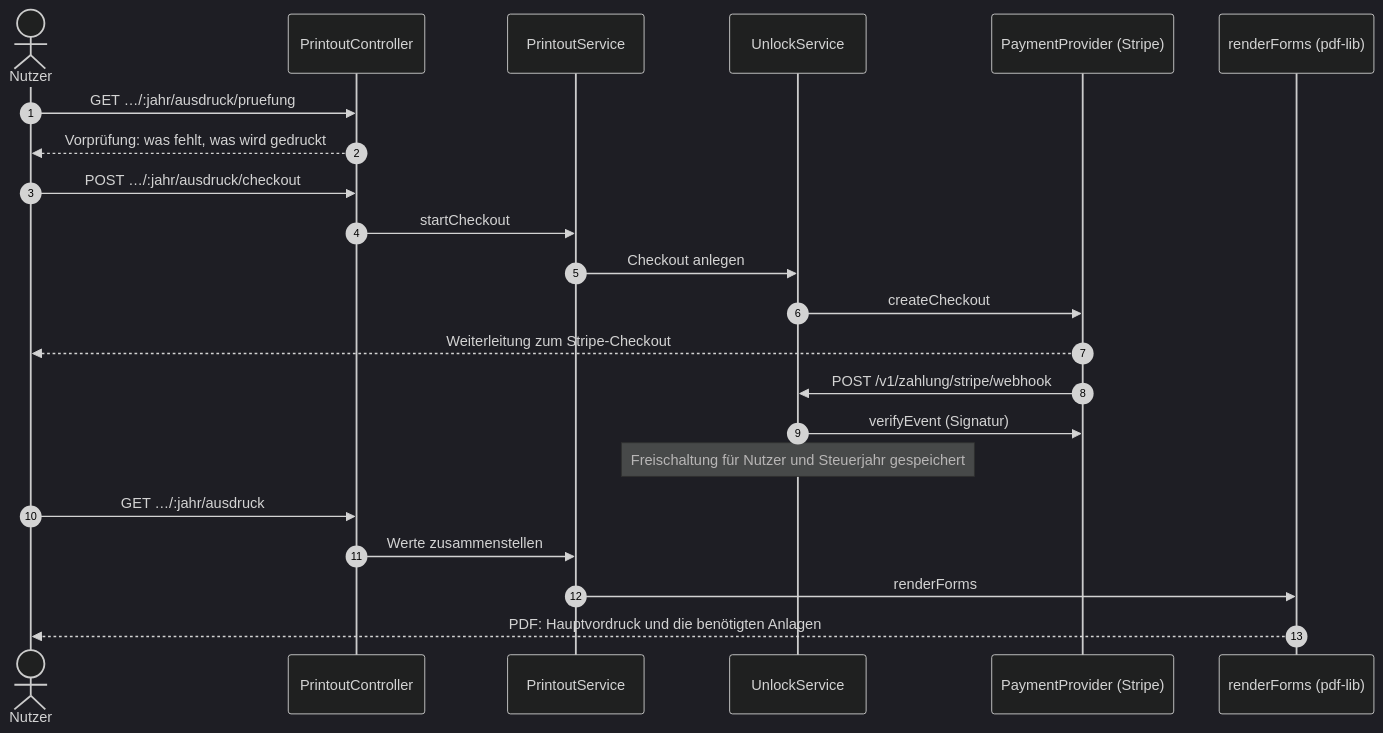
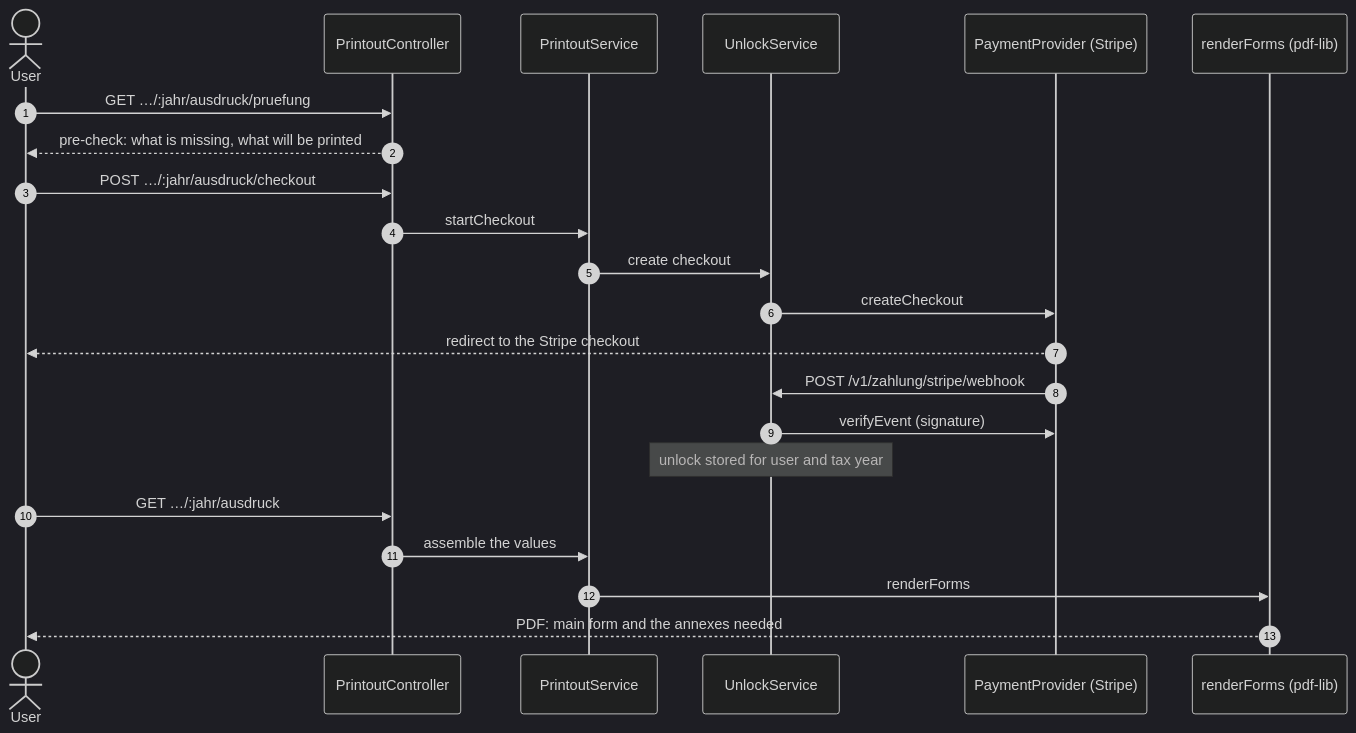
One commit to NexusHero/Steuereule changed the fourth of 6 diagrams in docs/architecture.md. Above: the diagram before and after it, drawn with Mermaid (dark theme). The commit also changed other lines of this file and 6 other files, not shown here.

First line of the commit message:
docs: the architecture documentation is in English

````diff
--- a/docs/architecture.md
+++ b/docs/architecture.md
@@ -320,25 +322,25 @@
 ```mermaid
 sequenceDiagram
   autonumber
-  actor U as Nutzer
+  actor U as User
   participant P as PrintoutController
   participant S as PrintoutService
   participant X as UnlockService
   participant Pay as PaymentProvider (Stripe)
   participant R as renderForms (pdf-lib)
 
   U->>P: GET …/:jahr/ausdruck/pruefung
-  P-->>U: Vorprüfung: was fehlt, was wird gedruckt
+  P-->>U: pre-check: what is missing, what will be printed
   U->>P: POST …/:jahr/ausdruck/checkout
   P->>S: startCheckout
-  S->>X: Checkout anlegen
+  S->>X: create checkout
   X->>Pay: createCheckout
-  Pay-->>U: Weiterleitung zum Stripe-Checkout
+  Pay-->>U: redirect to the Stripe checkout
   Pay->>X: POST /v1/zahlung/stripe/webhook
-  X->>Pay: verifyEvent (Signatur)
-  Note over X: Freischaltung für Nutzer und Steuerjahr gespeichert
+  X->>Pay: verifyEvent (signature)
+  Note over X: unlock stored for user and tax year
   U->>P: GET …/:jahr/ausdruck
-  P->>S: Werte zusammenstellen
+  P->>S: assemble the values
   S->>R: renderForms
-  R-->>U: PDF: Hauptvordruck und die benötigten Anlagen
+  R-->>U: PDF: main form and the annexes needed
 ```
````
